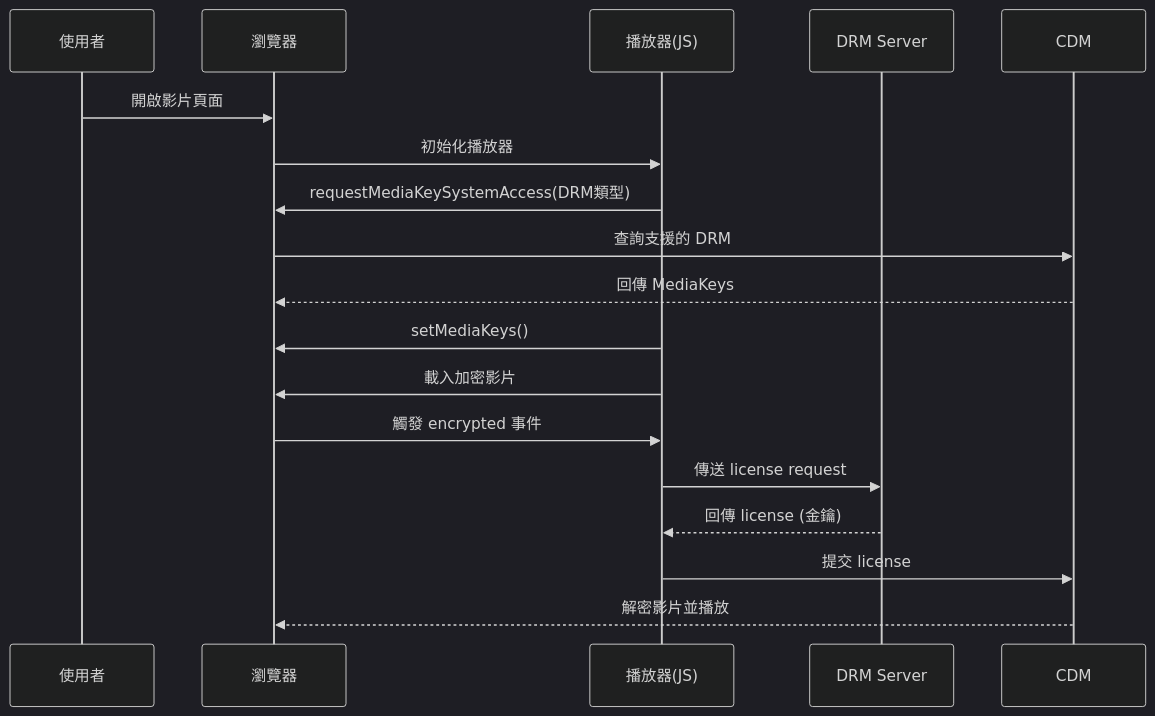
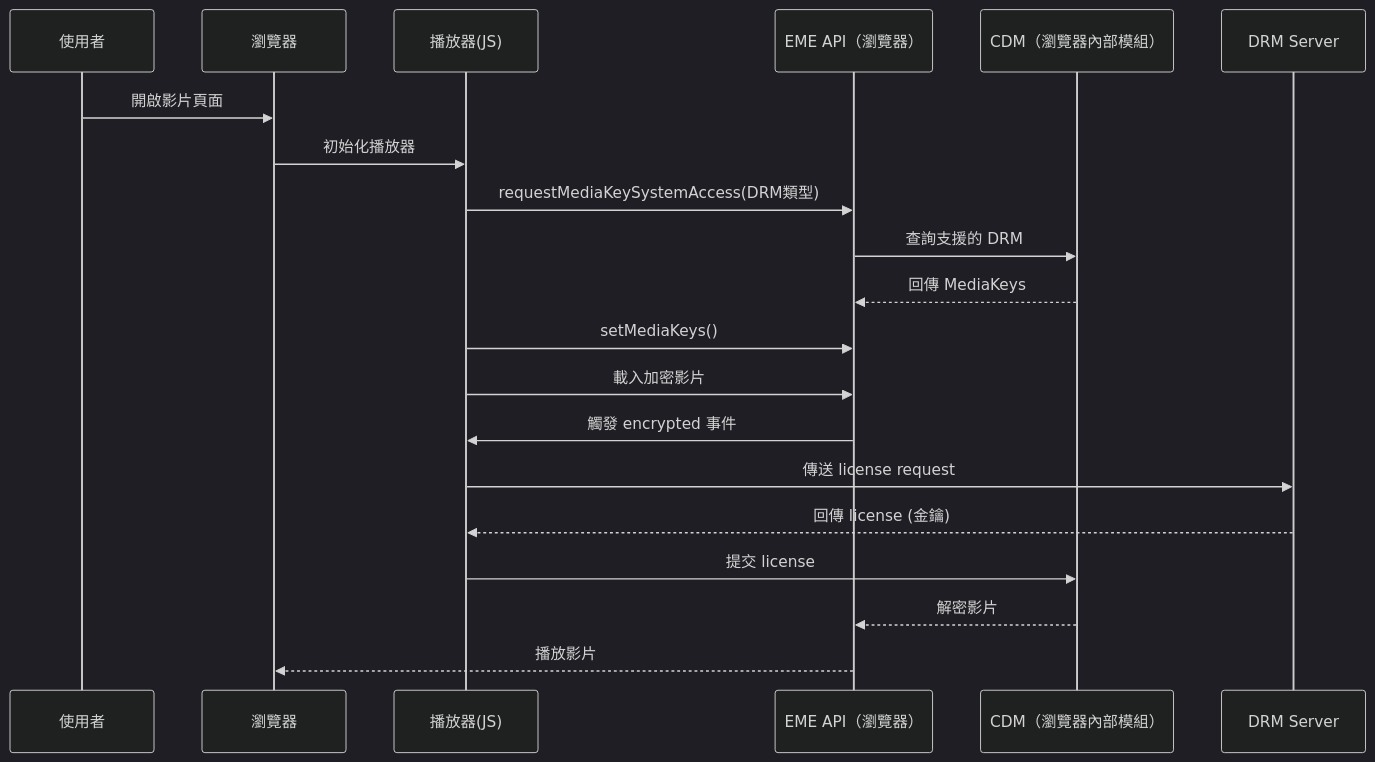
One commit to chanryTW/DrmDemo changed the first of 2 diagrams in README.md. Above: the diagram before and after it, drawn with Mermaid (dark theme). The commit also changed other lines of this file, not shown here.

Commit message:
feat: 更新 README，調整 DRM 相關內容，新增加密封裝格式及支援度判斷範例

````diff
--- a/README.md
+++ b/README.md
@@ -97,21 +116,23 @@
 ```mermaid
 sequenceDiagram
     participant 使用者
     participant 瀏覽器
     participant 播放器(JS)
+    participant EME API（瀏覽器）
+    participant CDM（瀏覽器內部模組）
     participant DRM Server
-    participant CDM
 
     使用者->>瀏覽器: 開啟影片頁面
     瀏覽器->>播放器(JS): 初始化播放器
-    播放器(JS)->>瀏覽器: requestMediaKeySystemAccess(DRM類型)
-    瀏覽器->>CDM: 查詢支援的 DRM
-    CDM-->>瀏覽器: 回傳 MediaKeys
-    播放器(JS)->>瀏覽器: setMediaKeys()
-    播放器(JS)->>瀏覽器: 載入加密影片
-    瀏覽器->>播放器(JS): 觸發 encrypted 事件
+    播放器(JS)->>EME API（瀏覽器）: requestMediaKeySystemAccess(DRM類型)
+    EME API（瀏覽器）->>CDM（瀏覽器內部模組）: 查詢支援的 DRM
+    CDM（瀏覽器內部模組）-->>EME API（瀏覽器）: 回傳 MediaKeys
+    播放器(JS)->>EME API（瀏覽器）: setMediaKeys()
+    播放器(JS)->>EME API（瀏覽器）: 載入加密影片
+    EME API（瀏覽器）->>播放器(JS): 觸發 encrypted 事件
     播放器(JS)->>DRM Server: 傳送 license request
     DRM Server-->>播放器(JS): 回傳 license (金鑰)
-    播放器(JS)->>CDM: 提交 license
-    CDM-->>瀏覽器: 解密影片並播放
+    播放器(JS)->>CDM（瀏覽器內部模組）: 提交 license
+    CDM（瀏覽器內部模組）-->>EME API（瀏覽器）: 解密影片
+    EME API（瀏覽器）-->>瀏覽器: 播放影片
 ```
````
